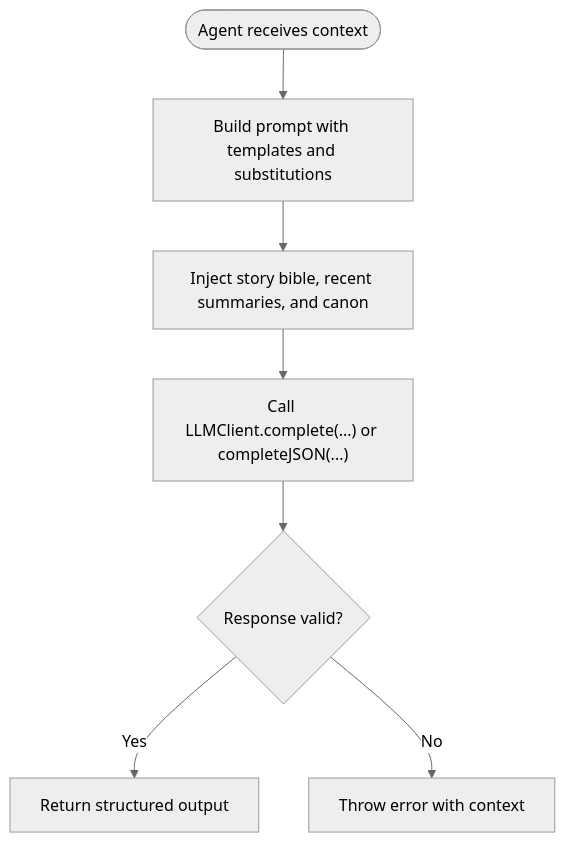
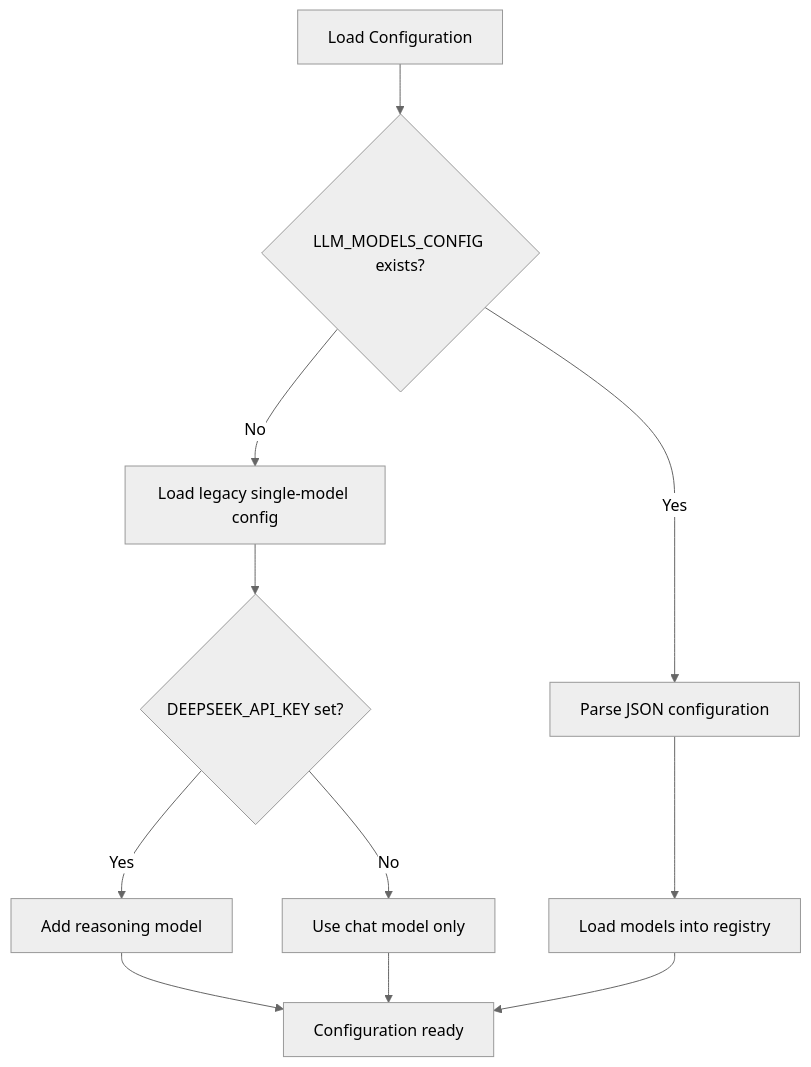
One commit to liwonder/NARRITIVE_OS changed the fifth of 7 diagrams in .qoder/repowiki/en/content/LLM Integration and Configuration.md. Above: the diagram before and after it, drawn with Mermaid (neutral theme). The commit also changed other lines of this file and 12 other files, not shown here.

````diff
--- a/.qoder/repowiki/en/content/LLM Integration and Configuration.md
+++ b/.qoder/repowiki/en/content/LLM Integration and Configuration.md
@@ -277,9 +307,13 @@
 ```mermaid
 flowchart TD
-Start(["Agent receives context"]) --> Build["Build prompt with templates and substitutions"]
-Build --> Inject["Inject story bible, recent summaries, and canon"]
-Inject --> CallLLM["Call LLMClient.complete(...) or completeJSON(...)"]
-CallLLM --> Parse{"Response valid?"}
-Parse --> |Yes| Return["Return structured output"]
-Parse --> |No| Error["Throw error with context"]
+Start["Load Configuration"] --> CheckEnv{"LLM_MODELS_CONFIG exists?"}
+CheckEnv --> |Yes| ParseJSON["Parse JSON configuration"]
+ParseJSON --> LoadModels["Load models into registry"]
+CheckEnv --> |No| LoadLegacy["Load legacy single-model config"]
+LoadLegacy --> CheckReasoning{"DEEPSEEK_API_KEY set?"}
+CheckReasoning --> |Yes| AddReasoning["Add reasoning model"]
+CheckReasoning --> |No| UseChatOnly["Use chat model only"]
+AddReasoning --> Complete["Configuration ready"]
+UseChatOnly --> Complete
+LoadModels --> Complete
 ```
````
